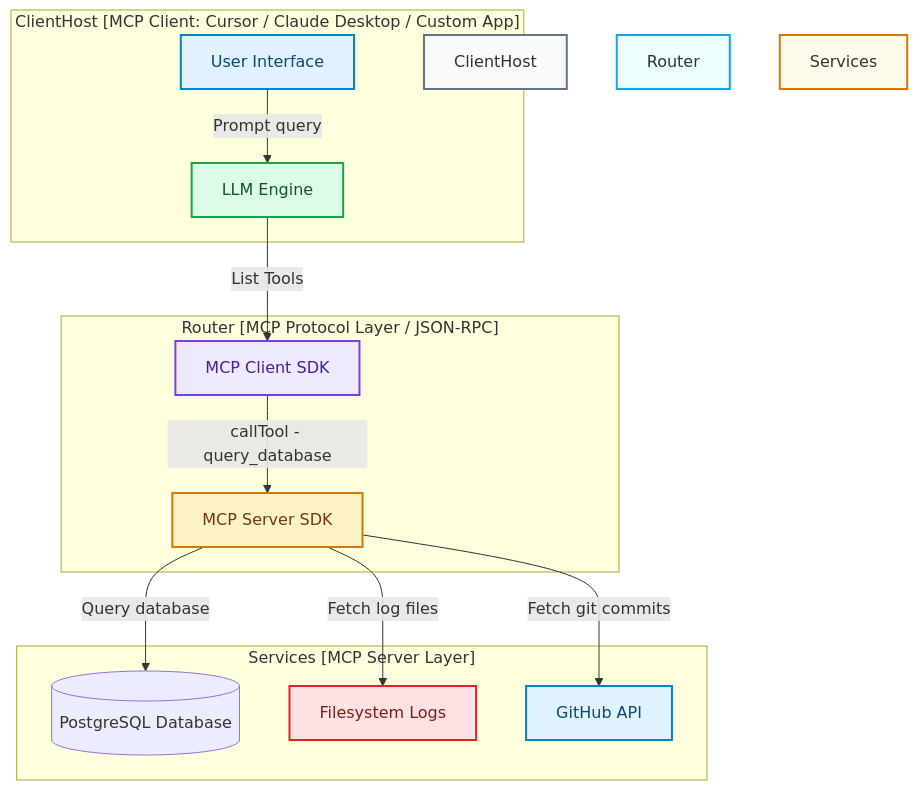
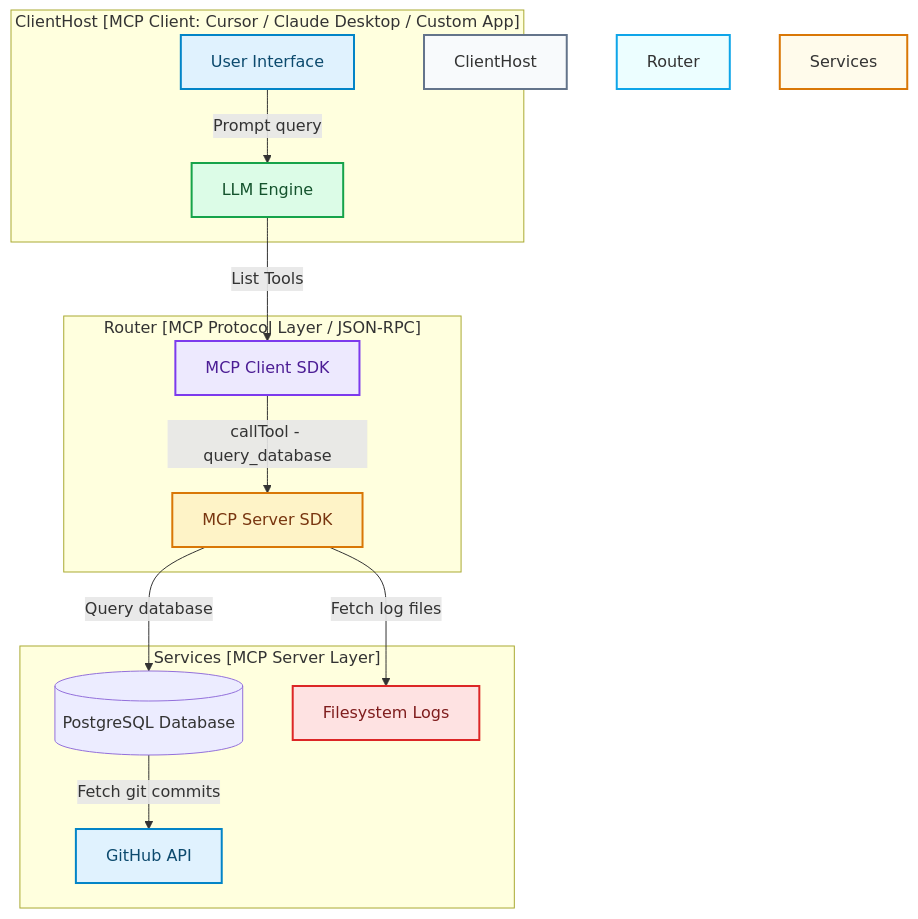
Before and after one commit to akmalkhaniub/akmalkhaniub.github.io: the diagram in blog/posts/model-context-protocol-mcp-usb-c.md, drawn with Mermaid. The commit also changed other lines of this file and 894 other files, not shown here.

Commit message:
feat(blog): upgrade all 444 posts with unique staggered dates, 2-col Mermaid spines, benchmark tables, code blocks, and trade-offs

````diff
--- a/blog/posts/model-context-protocol-mcp-usb-c.md
+++ b/blog/posts/model-context-protocol-mcp-usb-c.md
@@ -24,32 +24,32 @@
 ```mermaid
 flowchart TD
     subgraph SG1_ClienthostMcpClient ["ClientHost [MCP Client: Cursor / Claude Desktop / Custom App]"]
         User["User Interface"] -->|Prompt query| ModelEngine["LLM Engine"]
     end
 
     subgraph SG2_RouterMcpProtocol ["Router [MCP Protocol Layer / JSON-RPC]"]
         ModelEngine -->|List Tools| MCPClient["MCP Client SDK"]
         MCPClient -->|callTool - query_database| MCPServer["MCP Server SDK"]
     end
 
     subgraph SG3_ServicesMcpServer ["Services [MCP Server Layer]"]
         MCPServer -->|Query database| DB[(PostgreSQL Database)]
         MCPServer -->|Fetch log files| FS["Filesystem Logs"]
-        MCPServer -->|Fetch git commits| Git["GitHub API"]
+        DB --> |Fetch git commits| Git["GitHub API"]
     end
 
     style ClientHost fill:#f8fafc,stroke:#64748b,stroke-width:2px
     style Router fill:#ecfeff,stroke:#0ea5e9,stroke-width:2px
     style Services fill:#fffbeb,stroke:#d97706,stroke-width:2px
 
 classDef green fill:#dcfce7,stroke:#16a34a,stroke-width:2px,color:#14532d;
 classDef red fill:#fee2e2,stroke:#dc2626,stroke-width:2px,color:#7f1d1d;
 classDef blue fill:#e0f2fe,stroke:#0284c7,stroke-width:2px,color:#0c4a6e;
 classDef yellow fill:#fef3c7,stroke:#d97706,stroke-width:2px,color:#78350f;
 classDef purple fill:#ede9fe,stroke:#7c3aed,stroke-width:2px,color:#4c1d95;
 class User,Git blue
 class ModelEngine green
 class MCPClient purple
 class MCPServer yellow
 class FS red
 ```
````
